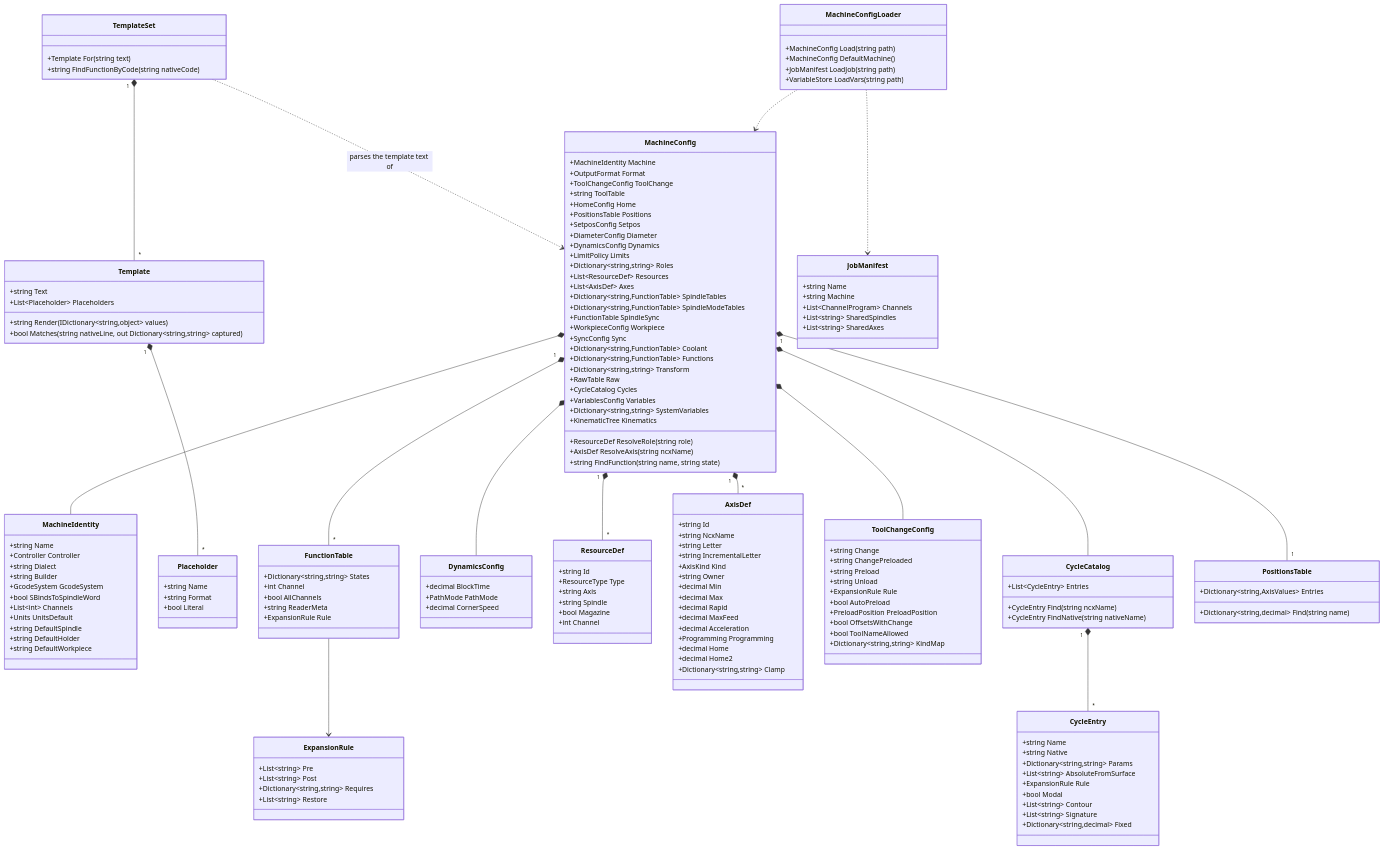
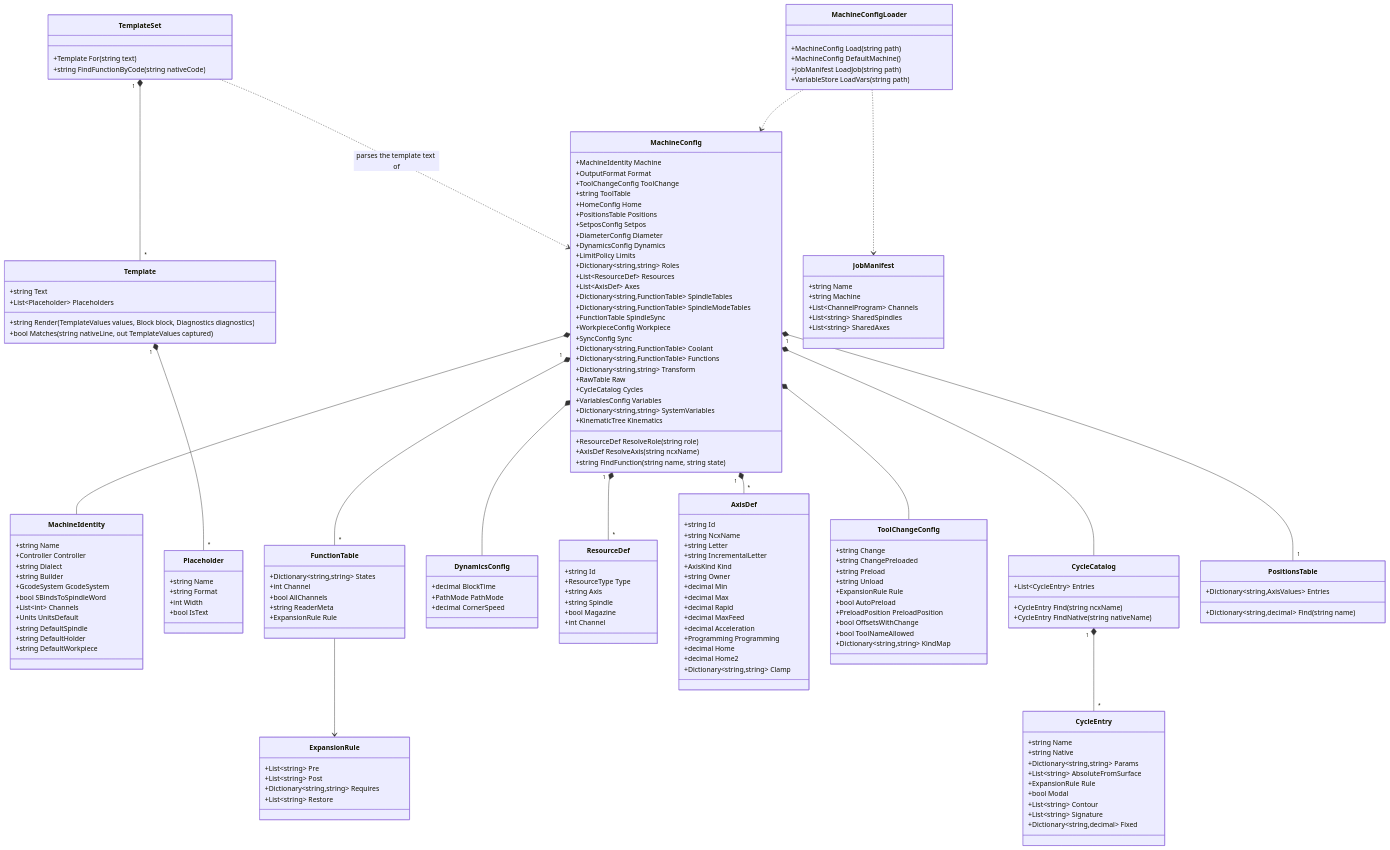
Before and after one commit to NC-PB/NCXchange_: diagram 11 of 16 in docs/architecture/architecture.md, drawn with Mermaid. The commit also changed other lines of this file and 75 other files, not shown here.

```diff
--- a/docs/architecture/architecture.md
+++ b/docs/architecture/architecture.md
@@ -696,13 +696,14 @@
     class Template {
         +string Text
         +List~Placeholder~ Placeholders
-        +string Render(IDictionary~string,object~ values)
-        +bool Matches(string nativeLine, out Dictionary~string,string~ captured)
+        +string Render(TemplateValues values, Block block, Diagnostics diagnostics)
+        +bool Matches(string nativeLine, out TemplateValues captured)
     }
     class Placeholder {
         +string Name
         +string Format
-        +bool Literal
+        +int Width
+        +bool IsText
     }
     class FunctionTable {
         +Dictionary~string,string~ States
```
